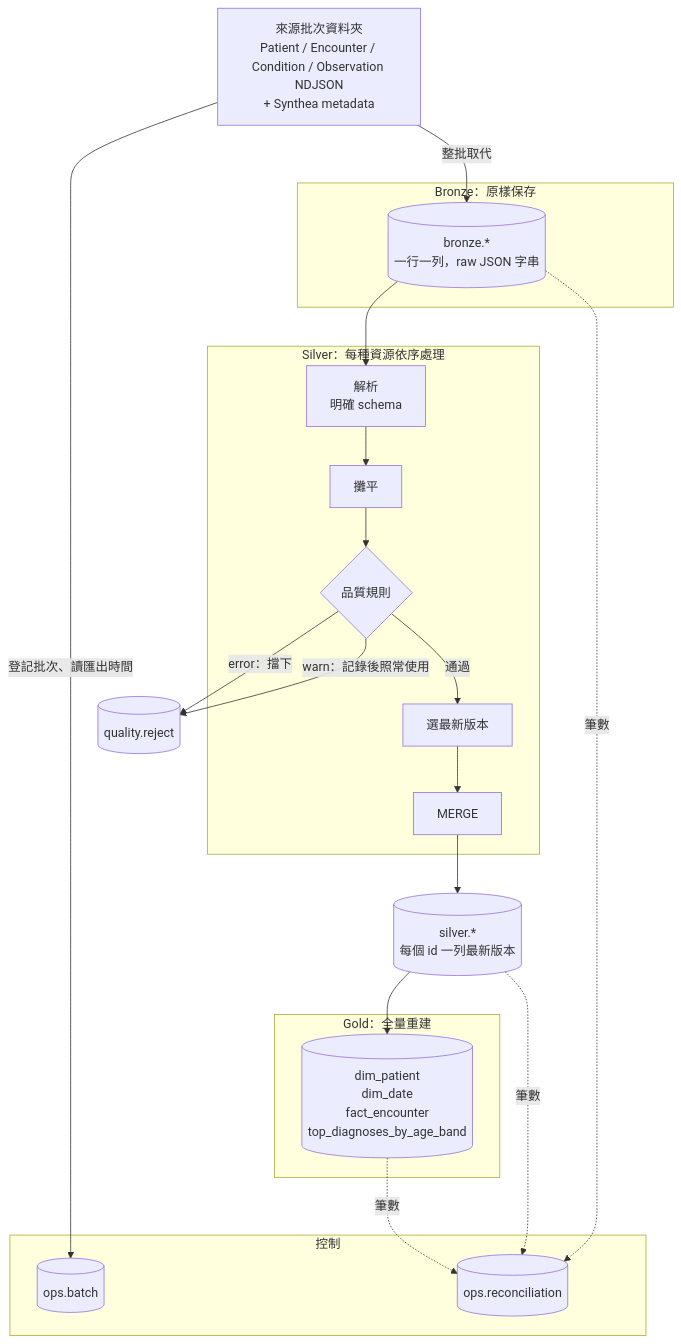
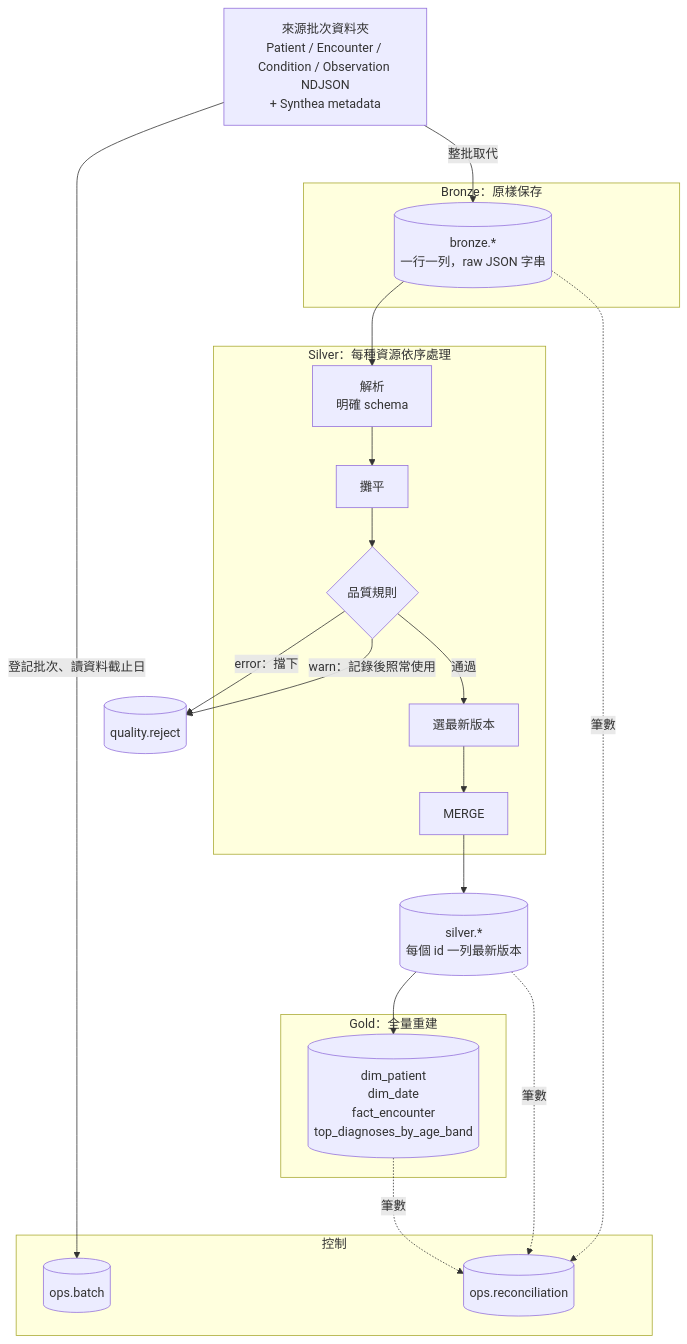
The second of 4 diagrams in docs/architecture.md (hcy1041116/fhir-lakehouse), drawn with Mermaid before and after one commit. The commit also changed other lines of this file and 7 other files, not shown here.

````diff
--- a/docs/architecture.md
+++ b/docs/architecture.md
@@ -27,39 +29,39 @@
 ```mermaid
 flowchart TB
     SRC["來源批次資料夾<br/>Patient / Encounter / Condition / Observation NDJSON<br/>+ Synthea metadata"]
 
     subgraph OPS[控制]
         BATCH[(ops.batch)]
         RECON[(ops.reconciliation)]
     end
 
     subgraph BRONZE[Bronze：原樣保存]
         BR[(bronze.*<br/>一行一列，raw JSON 字串)]
     end
 
     subgraph SILVER_STEP[Silver：每種資源依序處理]
         P1[解析<br/>明確 schema]
         P2[攤平]
         P3{品質規則}
         P4[選最新版本]
         P5[MERGE]
     end
 
     REJ[(quality.reject)]
     SV[(silver.*<br/>每個 id 一列最新版本)]
 
     subgraph GOLD[Gold：全量重建]
         G[(dim_patient<br/>dim_date<br/>fact_encounter<br/>top_diagnoses_by_age_band)]
     end
 
-    SRC -->|登記批次、讀匯出時間| BATCH
+    SRC -->|登記批次、讀資料截止日| BATCH
     SRC -->|整批取代| BR
     BR --> P1 --> P2 --> P3
     P3 -->|error：擋下| REJ
     P3 -->|warn：記錄後照常使用| REJ
     P3 -->|通過| P4 --> P5 --> SV
     SV --> G
     BR -. 筆數 .-> RECON
     SV -. 筆數 .-> RECON
     G -. 筆數 .-> RECON
 ```
````
